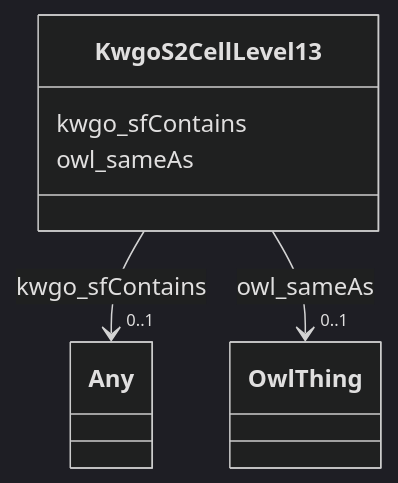
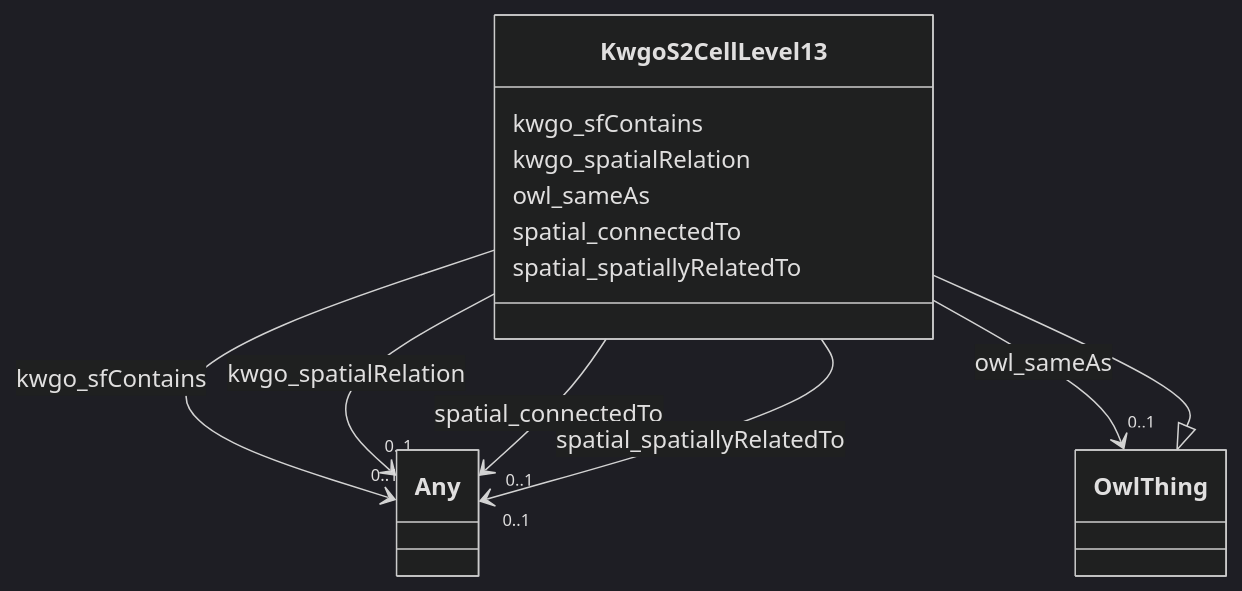
Before and after one commit to frink-okn/graph-descriptions: the diagram in fio-kg/classes/KwgoS2CellLevel13.md, drawn with Mermaid (dark theme). The commit also changed other lines of this file and 143 other files, not shown here.

````diff
--- a/fio-kg/classes/KwgoS2CellLevel13.md
+++ b/fio-kg/classes/KwgoS2CellLevel13.md
@@ -18,24 +18,54 @@
 ```mermaid
  classDiagram
     class KwgoS2CellLevel13
     click KwgoS2CellLevel13 href "../KwgoS2CellLevel13"
+      OwlThing <|-- KwgoS2CellLevel13
+        click OwlThing href "../OwlThing"
+      
       KwgoS2CellLevel13 : kwgo_sfContains
         
           
     
     
     KwgoS2CellLevel13 --> "0..1" Any : kwgo_sfContains
+    click Any href "../Any"
+
+        
+      KwgoS2CellLevel13 : kwgo_spatialRelation
+        
+          
+    
+    
+    KwgoS2CellLevel13 --> "0..1" Any : kwgo_spatialRelation
     click Any href "../Any"
 
         
       KwgoS2CellLevel13 : owl_sameAs
         
           
     
     
     KwgoS2CellLevel13 --> "0..1" OwlThing : owl_sameAs
     click OwlThing href "../OwlThing"
 
         
+      KwgoS2CellLevel13 : spatial_connectedTo
+        
+          
+    
+    
+    KwgoS2CellLevel13 --> "0..1" Any : spatial_connectedTo
+    click Any href "../Any"
+
+        
+      KwgoS2CellLevel13 : spatial_spatiallyRelatedTo
+        
+          
+    
+    
+    KwgoS2CellLevel13 --> "0..1" Any : spatial_spatiallyRelatedTo
+    click Any href "../Any"
+
+        
       
 ```
````
